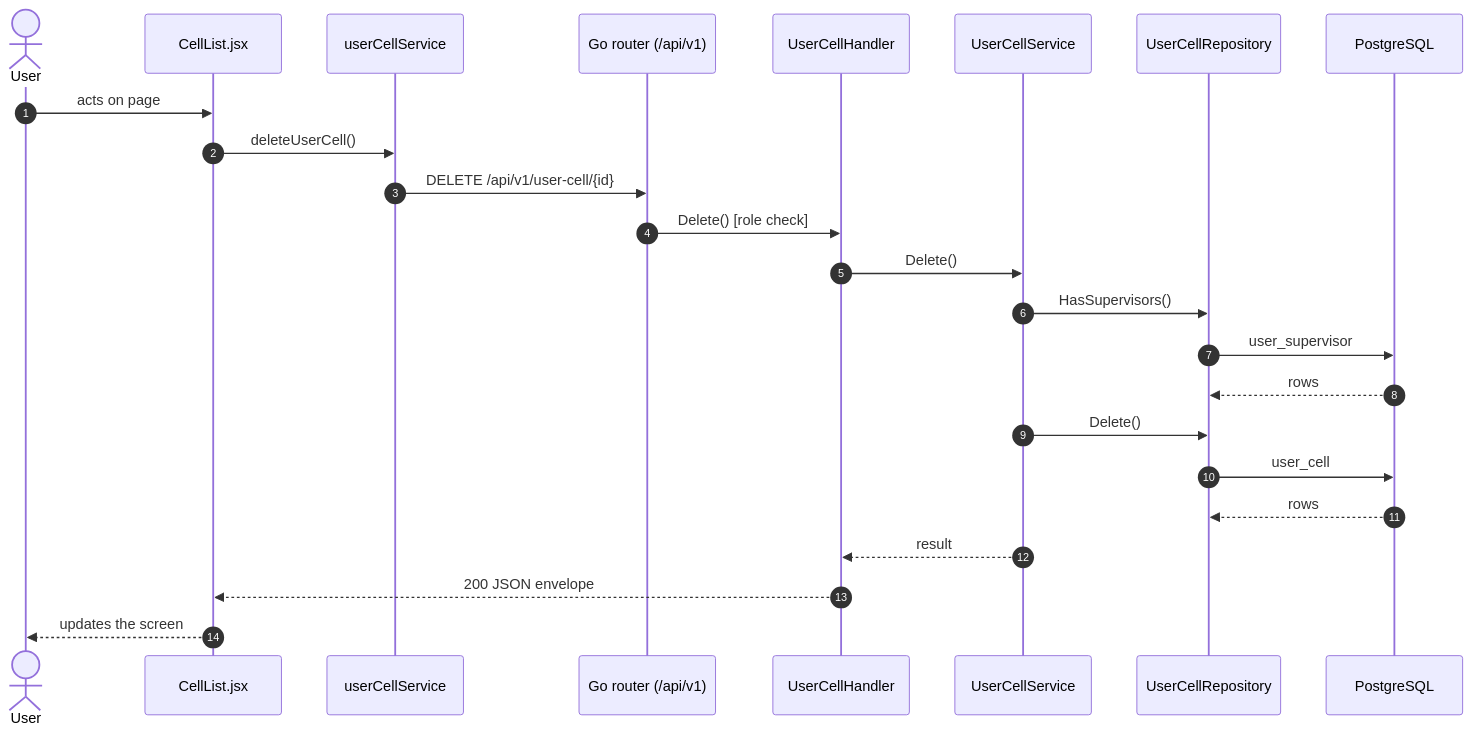
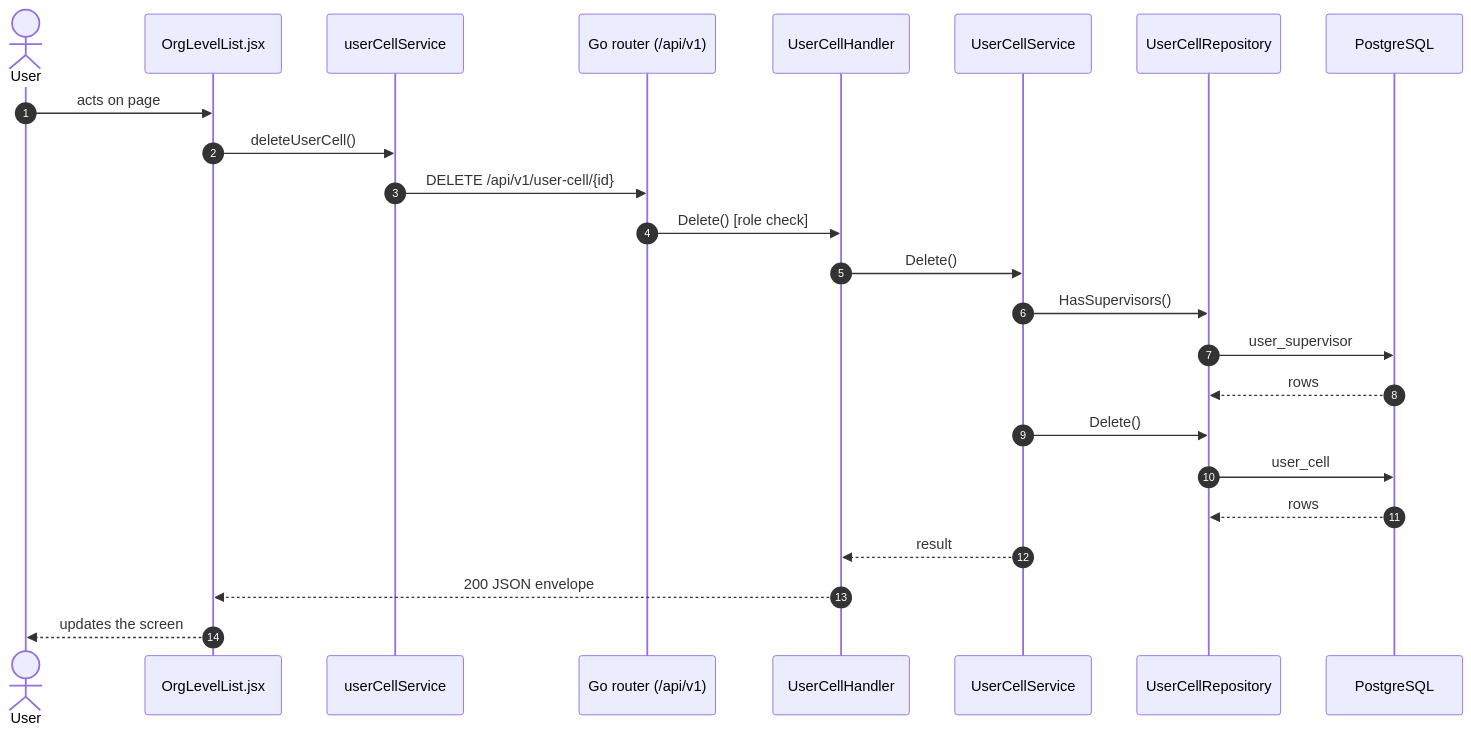
The second of 3 diagrams in docs/pages/org-cells.md (hirenenliven/7th-sense-client), drawn with Mermaid before and after one commit. The commit also changed other lines of this file and 143 other files, not shown here.

First line of the commit message:
feat: live machine data over Socket.IO, shared org-level screens, and user machine filters

````diff
--- a/docs/pages/org-cells.md
+++ b/docs/pages/org-cells.md
@@ -65,26 +65,26 @@
 ```mermaid
 sequenceDiagram
   autonumber
   actor User
-  participant Page as CellList.jsx
+  participant Page as OrgLevelList.jsx
   participant userCellService
   participant API as Go router (/api/v1)
   participant UserCellHandler
   participant UserCellService
   participant UserCellRepository
   participant DB as PostgreSQL
   User->>Page: acts on page
   Page->>userCellService: deleteUserCell()
   userCellService->>API: DELETE /api/v1/user-cell/{id}
   API->>UserCellHandler: Delete() [role check]
   UserCellHandler->>UserCellService: Delete()
   UserCellService->>UserCellRepository: HasSupervisors()
   UserCellRepository->>DB: user_supervisor
   DB-->>UserCellRepository: rows
   UserCellService->>UserCellRepository: Delete()
   UserCellRepository->>DB: user_cell
   DB-->>UserCellRepository: rows
   UserCellService-->>UserCellHandler: result
   UserCellHandler-->>Page: 200 JSON envelope
   Page-->>User: updates the screen
 ```
````
